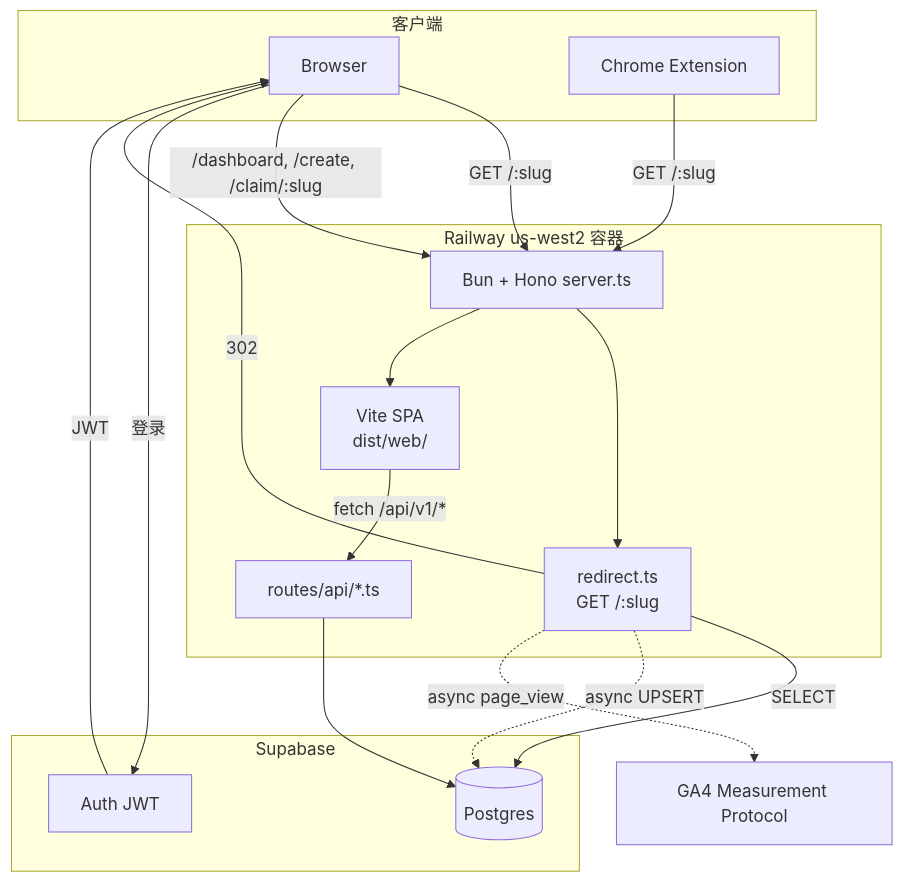
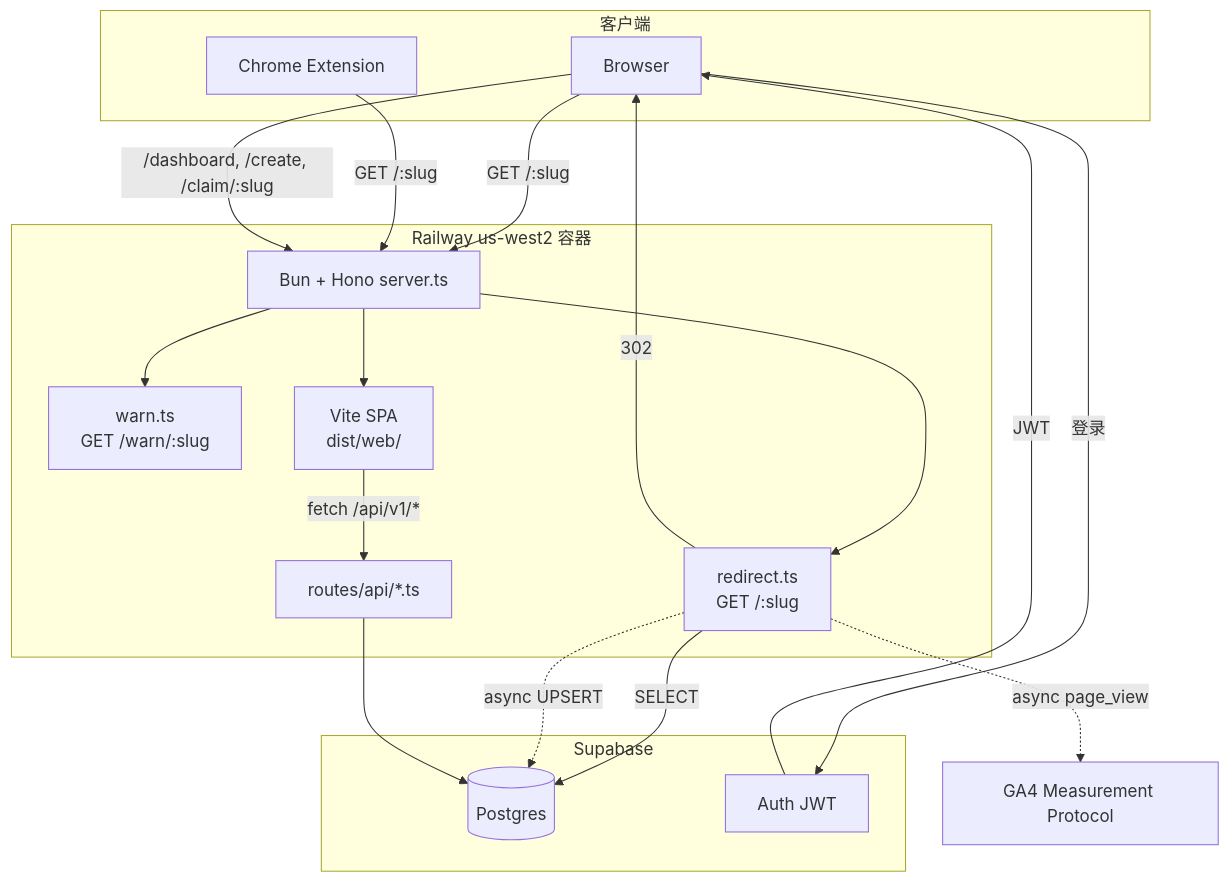
The diagram in docs/CURRENT-ARCHITECT.md (xinbenlv/open-golinks), drawn with Mermaid before and after one commit. The commit also changed other lines of this file and 17 other files, not shown here.

````diff
--- a/docs/CURRENT-ARCHITECT.md
+++ b/docs/CURRENT-ARCHITECT.md
@@ -32,34 +33,36 @@
 ```mermaid
 flowchart TB
   subgraph Client[客户端]
     BR[Browser]
     EX[Chrome Extension]
   end
 
   subgraph Railway[Railway us-west2 容器]
     SRV[Bun + Hono server.ts]
     RED[redirect.ts<br/>GET /:slug]
+    WARN[warn.ts<br/>GET /warn/:slug]
     API[routes/api/*.ts]
     SPA[Vite SPA<br/>dist/web/]
   end
 
   subgraph Supabase[Supabase]
     PG[(Postgres)]
     AUTH[Auth JWT]
   end
 
   BR -->|GET /:slug| SRV
   EX -->|GET /:slug| SRV
   SRV --> RED
+  SRV --> WARN
   RED -->|SELECT| PG
   RED -->|302| BR
   RED -.->|async UPSERT| PG
   RED -.->|async page_view| GA4[GA4 Measurement Protocol]
 
   BR -->|/dashboard, /create, /claim/:slug| SRV
   SRV --> SPA
   SPA -->|fetch /api/v1/*| API
   API --> PG
   BR -->|登录| AUTH
   AUTH -->|JWT| BR
 ```
````
